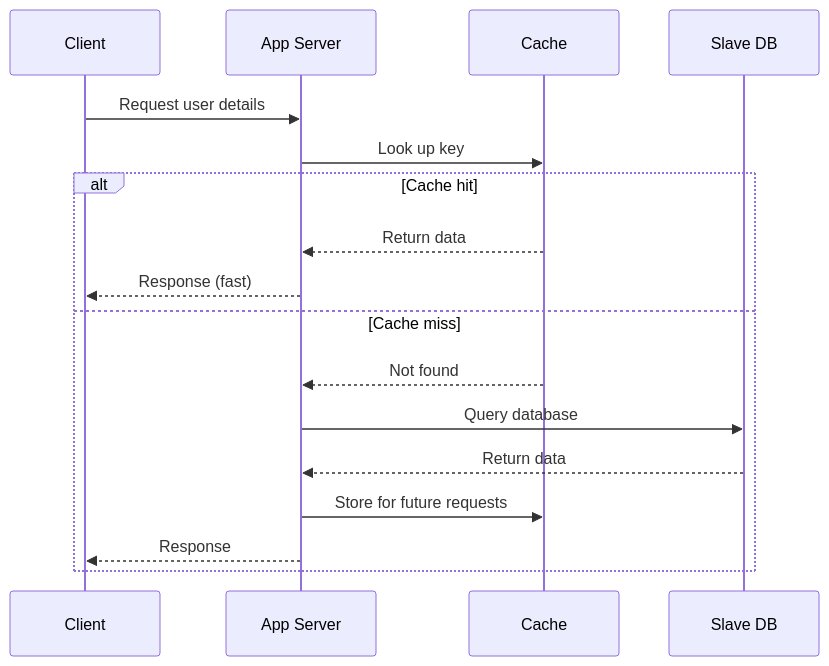
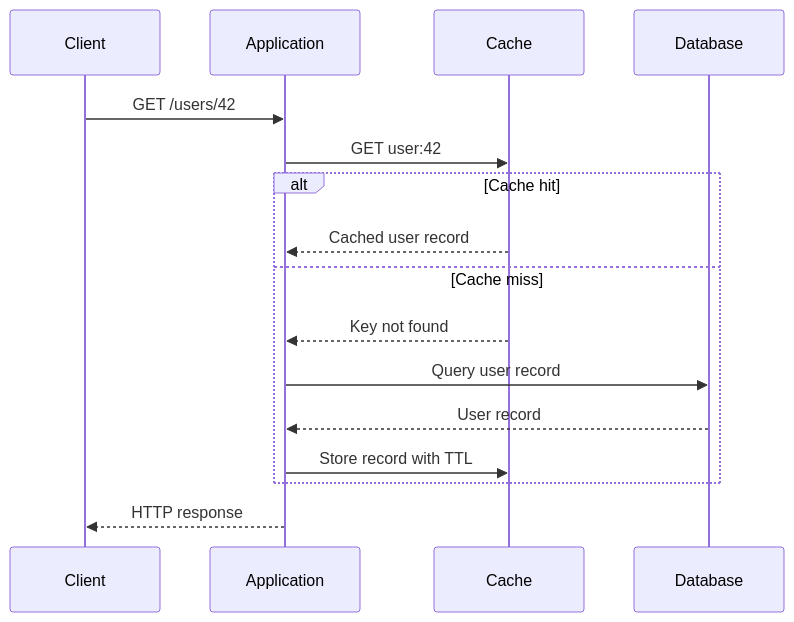
The seventh of 18 diagrams in 07_scaling_application_from_one_to_million_users/README.md (HARRISAMIN432/system-design-hld), drawn with Mermaid before and after one commit. The commit also changed other lines of this file and 11 other files, not shown here.

````diff
--- a/07_scaling_application_from_one_to_million_users/README.md
+++ b/07_scaling_application_from_one_to_million_users/README.md
@@ -215,20 +632,21 @@
 ```mermaid
 sequenceDiagram
     participant C as Client
-    participant A as App Server
+    participant A as Application
     participant K as Cache
-    participant D as Slave DB
+    participant D as Database
 
-    C->>A: Request user details
-    A->>K: Look up key
+    C->>A: GET /users/42
+    A->>K: GET user:42
+
     alt Cache hit
-        K-->>A: Return data
-        A-->>C: Response (fast)
+        K-->>A: Cached user record
     else Cache miss
-        K-->>A: Not found
-        A->>D: Query database
-        D-->>A: Return data
-        A->>K: Store for future requests
-        A-->>C: Response
+        K-->>A: Key not found
+        A->>D: Query user record
+        D-->>A: User record
+        A->>K: Store record with TTL
     end
+
+    A-->>C: HTTP response
 ```
````
